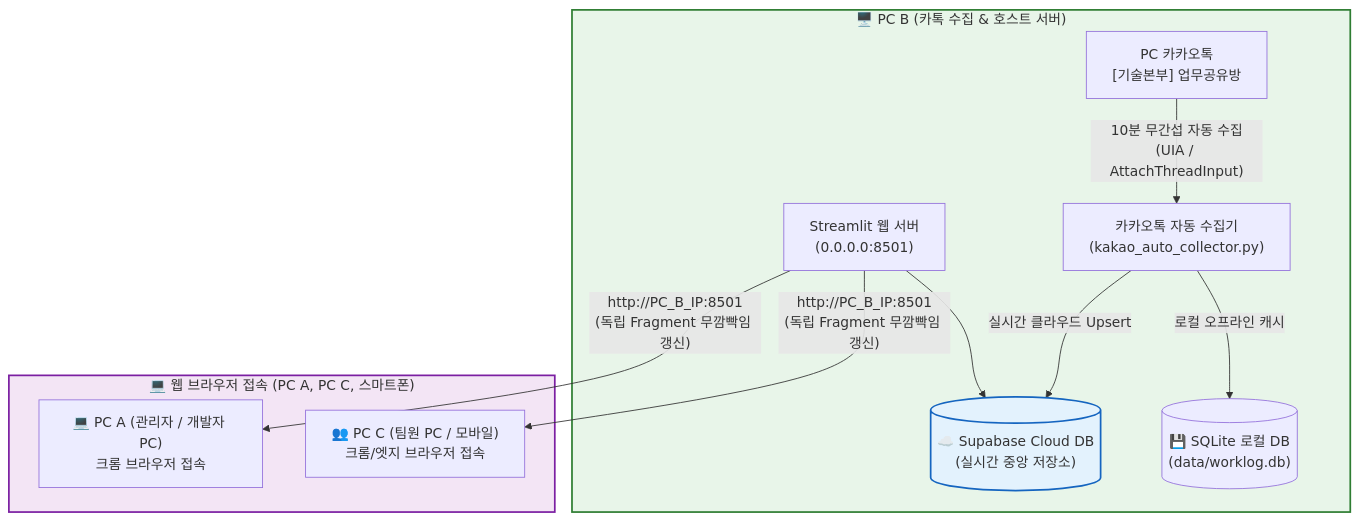
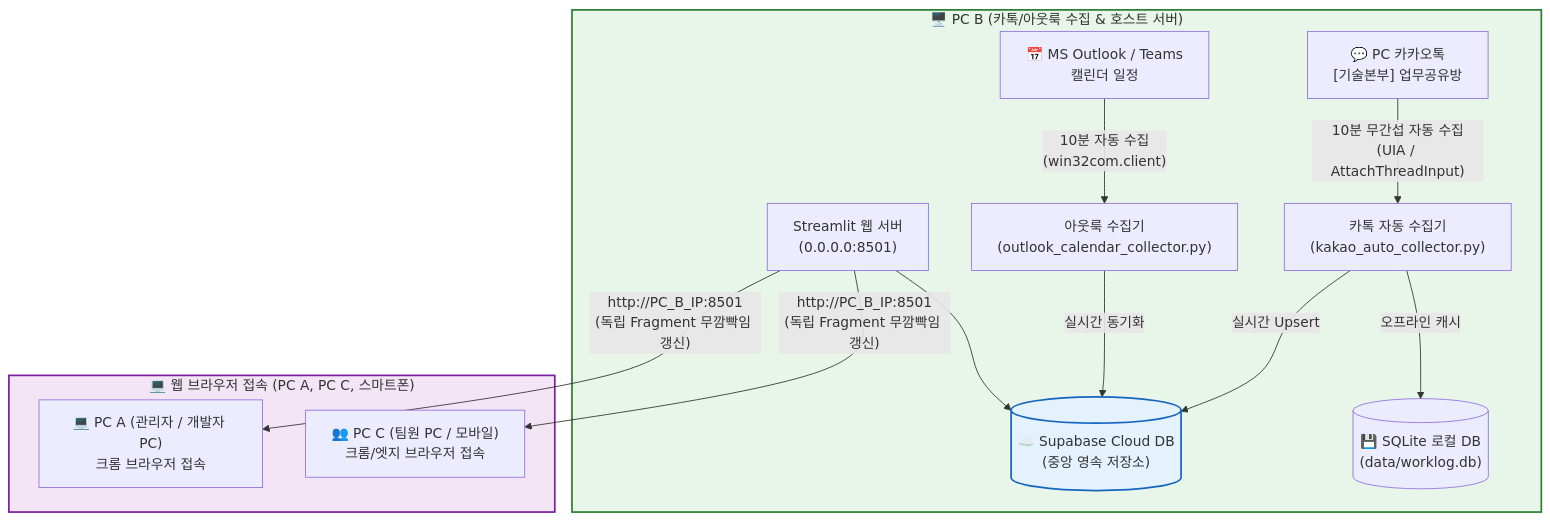
Before and after one commit to newprim82/PublicRepo: the diagram in README.md, drawn with Mermaid. The commit also changed other lines of this file, not shown here.

Commit message:
docs: update README.md with comprehensive architecture, 3-phase timeline, and detailed decision rules

````diff
--- a/README.md
+++ b/README.md
@@ -10,21 +10,25 @@
 ```mermaid
 flowchart TD
-    subgraph HostServer["🖥️ PC B (카톡 수집 & 호스트 서버)"]
-        K["PC 카카오톡\n[기술본부] 업무공유방"] -->|"10분 무간섭 자동 수집\n(UIA / AttachThreadInput)"| Collector["카카오톡 자동 수집기\n(kakao_auto_collector.py)"]
-        Collector -->|"실시간 클라우드 Upsert"| CloudDB[("☁️ Supabase Cloud DB\n(실시간 중앙 저장소)")]
-        Collector -->|"로컬 오프라인 캐시"| LocalDB[("💾 SQLite 로컬 DB\n(data/worklog.db)")]
+    subgraph HostServer["🖥️ PC B (카톡/아웃룩 수집 & 호스트 서버)"]
+        K["💬 PC 카카오톡\n[기술본부] 업무공유방"] -->|"10분 무간섭 자동 수집\n(UIA / AttachThreadInput)"| KakaoCollector["카톡 자동 수집기\n(kakao_auto_collector.py)"]
+        O["📅 MS Outlook / Teams\n캘린더 일정"] -->|"10분 자동 수집\n(win32com.client)"| OutlookCollector["아웃룩 수집기\n(outlook_calendar_collector.py)"]
+        
+        KakaoCollector -->|"실시간 Upsert"| CloudDB[("☁️ Supabase Cloud DB\n(중앙 영속 저장소)")]
+        OutlookCollector -->|"실시간 동기화"| CloudDB
+        
+        KakaoCollector -->|"오프라인 캐시"| LocalDB[("💾 SQLite 로컬 DB\n(data/worklog.db)")]
         Server["Streamlit 웹 서버\n(0.0.0.0:8501)"] --> CloudDB
     end
 
     subgraph Clients["💻 웹 브라우저 접속 (PC A, PC C, 스마트폰)"]
         ClientA["💻 PC A (관리자 / 개발자 PC)\n크롬 브라우저 접속"]
         ClientC["👥 PC C (팀원 PC / 모바일)\n크롬/엣지 브라우저 접속"]
     end
 
     Server -->|"http://PC_B_IP:8501\n(독립 Fragment 무깜빡임 갱신)"| ClientA
     Server -->|"http://PC_B_IP:8501\n(독립 Fragment 무깜빡임 갱신)"| ClientC
 
     style HostServer fill:#e8f5e9,stroke:#2e7d32,stroke-width:2px
     style CloudDB fill:#e3f2fd,stroke:#1565c0,stroke-width:2px
     style Clients fill:#f3e5f5,stroke:#7b1fa2,stroke-width:2px
 ```
````
